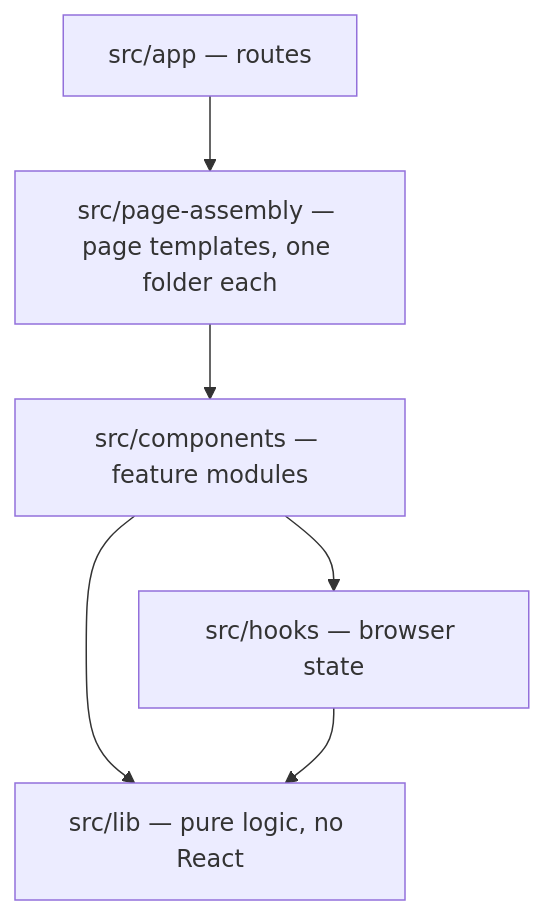
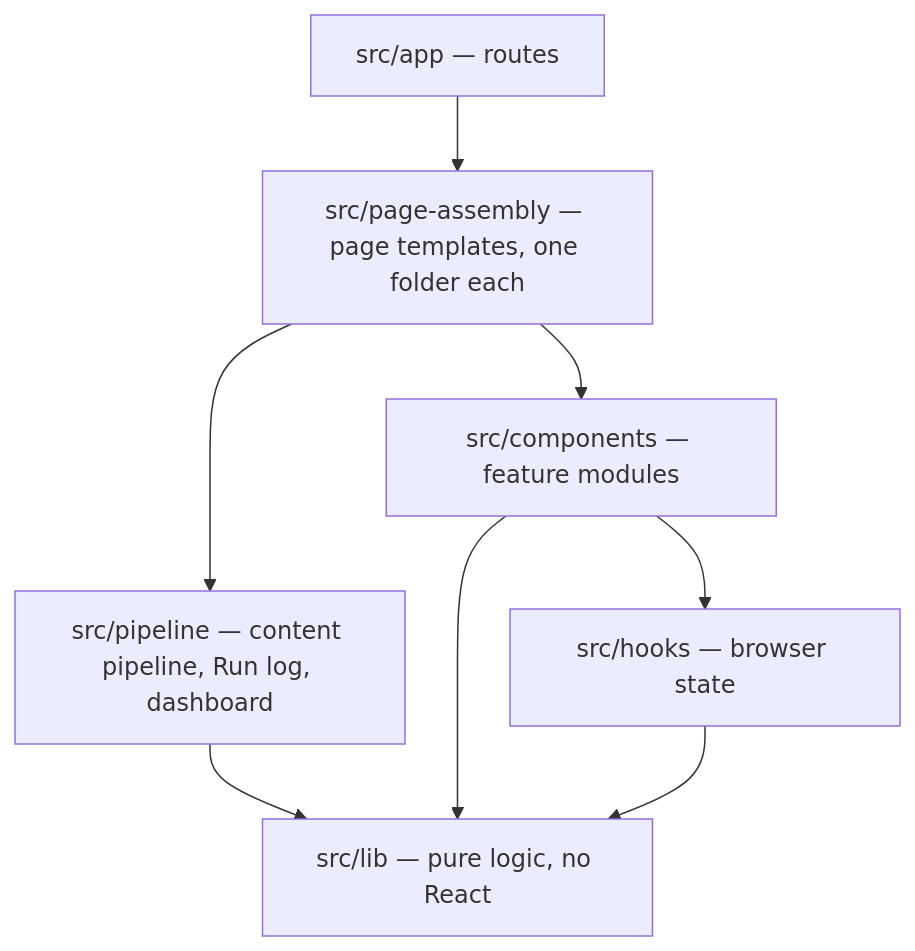
Before and after one commit to hancrafted/content-library: the first of 5 diagrams in .archgate/adrs/FE-004-slide-architecture.md, drawn with Mermaid. The commit also changed 339 other files, not shown here.

````diff
--- a/.archgate/adrs/FE-004-slide-architecture.md
+++ b/.archgate/adrs/FE-004-slide-architecture.md
@@ -22,8 +22,10 @@
 ```mermaid
 flowchart TD
   app["src/app — routes"] --> pages["src/page-assembly — page templates, one folder each"]
   pages --> comp["src/components — feature modules"]
+  pages --> pipeline["src/pipeline — content pipeline, Run log, dashboard"]
+  pipeline --> lib
   comp --> hooks["src/hooks — browser state"]
   comp --> lib["src/lib — pure logic, no React"]
   hooks --> lib
 ```
````
